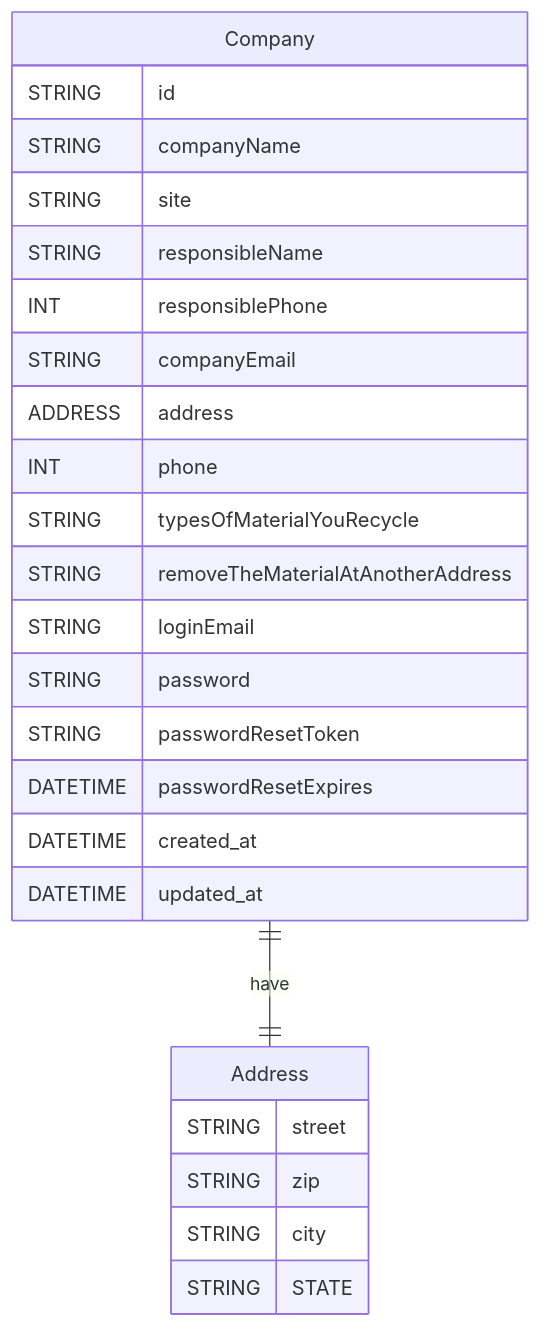
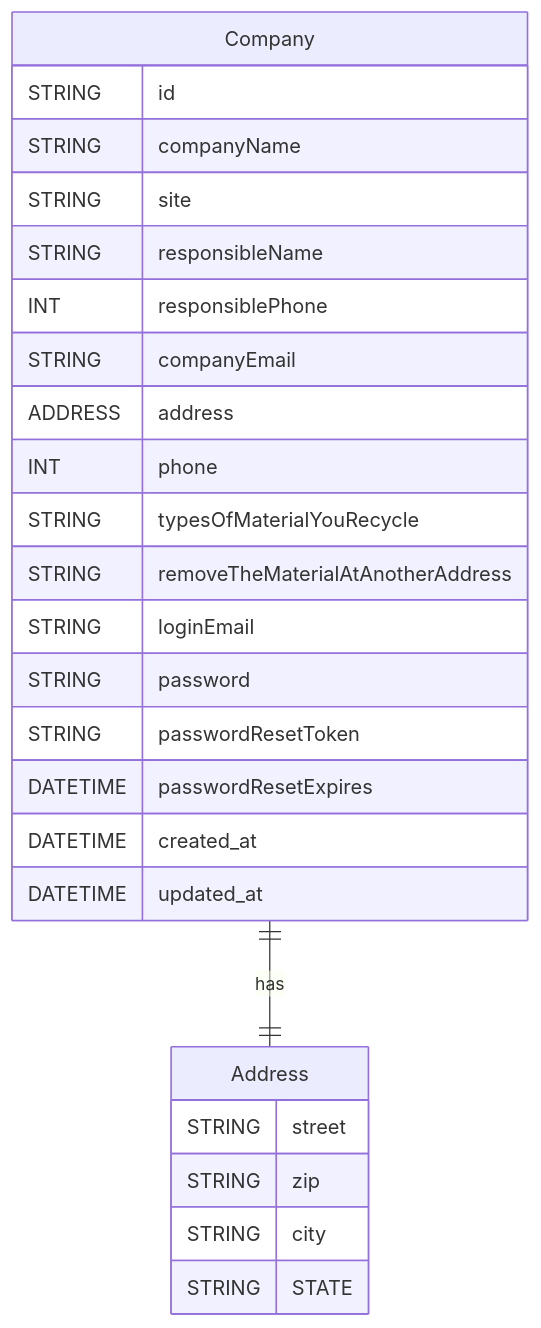
The diagram in README.md (csvjunior/backend-recollect), drawn with Mermaid before and after one commit.

Commit message:
correção diagrama readme

````diff
--- a/README.md
+++ b/README.md
@@ -8,28 +8,28 @@
 ```mermaid
 erDiagram
-    Company ||--|| Address: have
+    Company ||--|| Address: has
     Company{
         STRING id
         STRING companyName
         STRING site
         STRING responsibleName
         INT responsiblePhone
         STRING companyEmail
         ADDRESS address
         INT phone
         STRING typesOfMaterialYouRecycle
         STRING removeTheMaterialAtAnotherAddress
         STRING loginEmail
         STRING password
         STRING passwordResetToken
         DATETIME passwordResetExpires
         DATETIME created_at
         DATETIME updated_at
     }
     Address {
         STRING street
         STRING zip
         STRING city
         STRING STATE
     }
 ```
````
